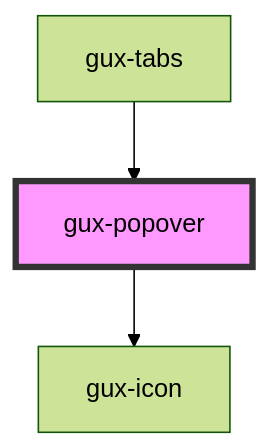
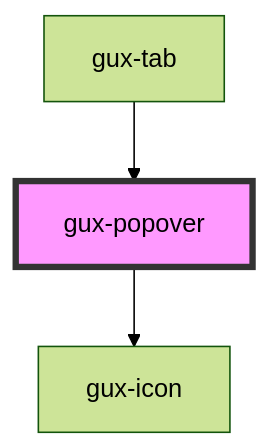
Before and after one commit to MyPureCloud/genesys-spark: the diagram in src/components/gux-popover/readme.md, drawn with Mermaid (forest theme). The commit also changed other lines of this file and 11 other files, not shown here.

Commit message:
feat(gux-tabs): extract individual tab into its own component

````diff
--- a/src/components/gux-popover/readme.md
+++ b/src/components/gux-popover/readme.md
@@ -36,6 +36,6 @@
 ```mermaid
 graph TD;
   gux-popover --> gux-icon
-  gux-tabs --> gux-popover
+  gux-tab --> gux-popover
   style gux-popover fill:#f9f,stroke:#333,stroke-width:4px
 ```
````
